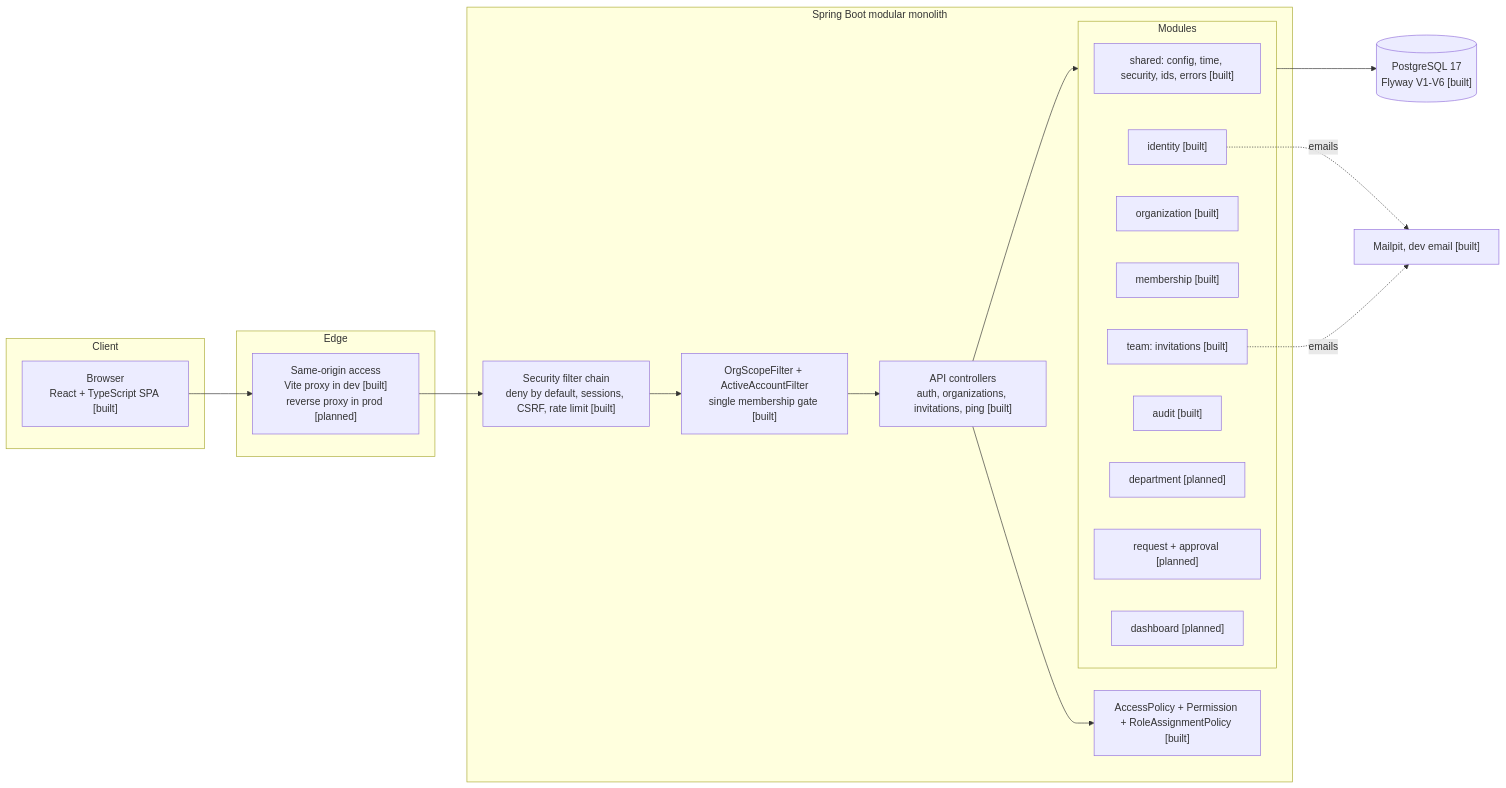
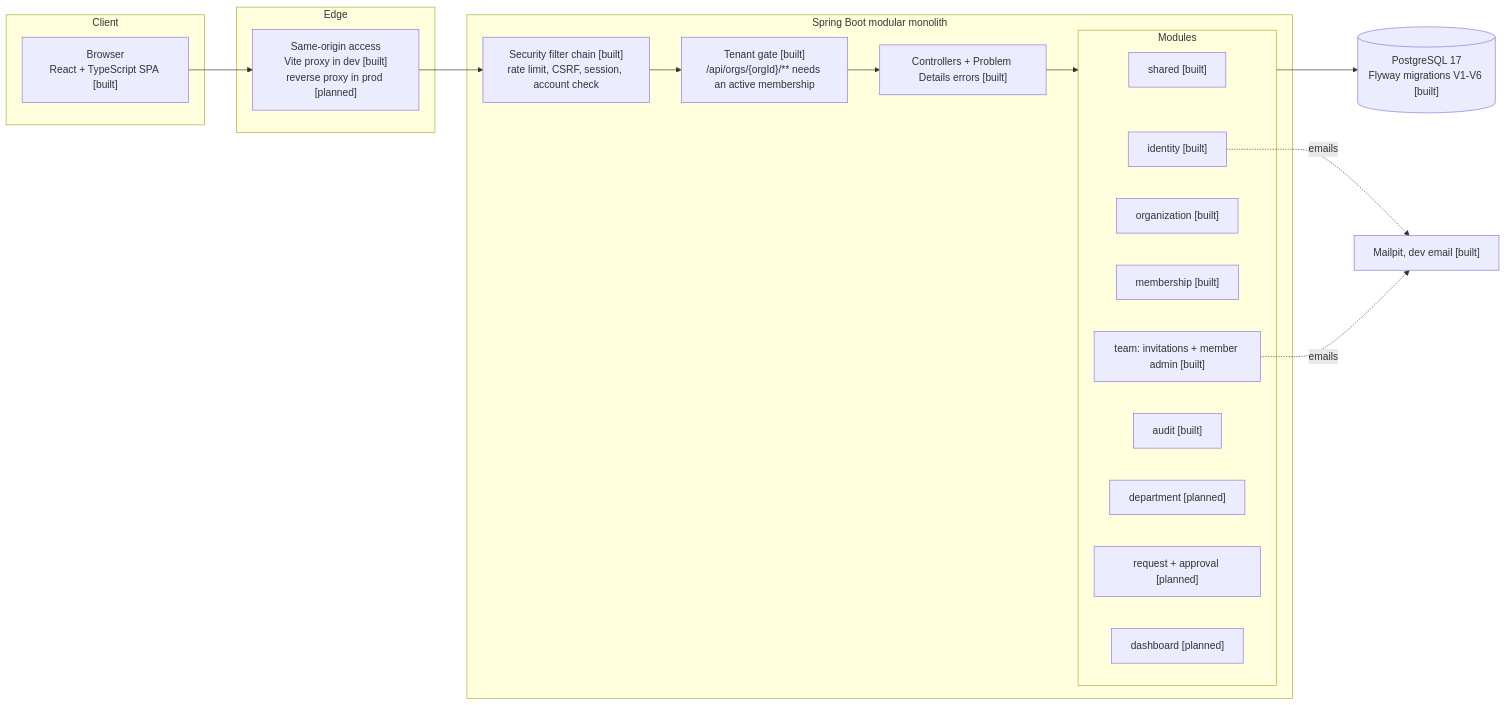
The first of 2 diagrams in docs/architecture.md (youssef-naj/nexus), drawn with Mermaid before and after one commit. The commit also changed other lines of this file and 4 other files, not shown here.

````diff
--- a/docs/architecture.md
+++ b/docs/architecture.md
@@ -9,34 +9,32 @@
 ```mermaid
 flowchart LR
     subgraph Client
         B["Browser<br/>React + TypeScript SPA [built]"]
     end
     subgraph Edge
         P["Same-origin access<br/>Vite proxy in dev [built]<br/>reverse proxy in prod [planned]"]
     end
     subgraph App["Spring Boot modular monolith"]
-        SEC["Security filter chain<br/>deny by default, sessions, CSRF, rate limit [built]"]
-        GATE["OrgScopeFilter + ActiveAccountFilter<br/>single membership gate [built]"]
-        API["API controllers<br/>auth, organizations, invitations, ping [built]"]
+        SEC["Security filter chain [built]<br/>rate limit, CSRF, session, account check"]
+        GATE["Tenant gate [built]<br/>/api/orgs/{orgId}/** needs an active membership"]
+        API["Controllers + Problem Details errors [built]"]
         subgraph Modules
-            SH["shared: config, time, security, ids, errors [built]"]
+            SH["shared [built]"]
             ID["identity [built]"]
             ORG["organization [built]"]
             MEM["membership [built]"]
-            TEM["team: invitations [built]"]
+            TEAM["team: invitations + member admin [built]"]
             AUD["audit [built]"]
             DEP["department [planned]"]
             REQ["request + approval [planned]"]
             DASH["dashboard [planned]"]
         end
-        AZ["AccessPolicy + Permission + RoleAssignmentPolicy [built]"]
     end
-    DB[("PostgreSQL 17<br/>Flyway V1-V6 [built]")]
+    DB[("PostgreSQL 17<br/>Flyway migrations V1-V6 [built]")]
     MAIL["Mailpit, dev email [built]"]
 
-    B --> P --> SEC --> GATE --> API --> AZ
-    API --> Modules
+    B --> P --> SEC --> GATE --> API --> Modules
     Modules --> DB
     ID -. emails .-> MAIL
-    TEM -. emails .-> MAIL
+    TEAM -. emails .-> MAIL
 ```
````
